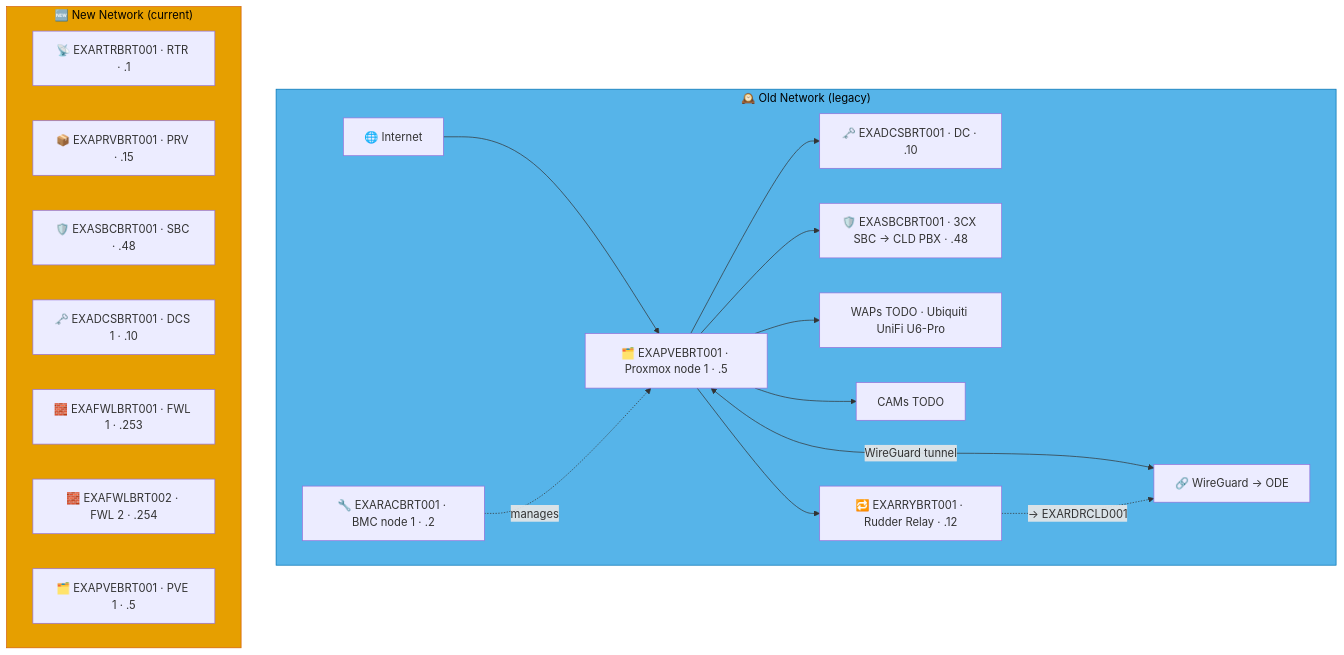
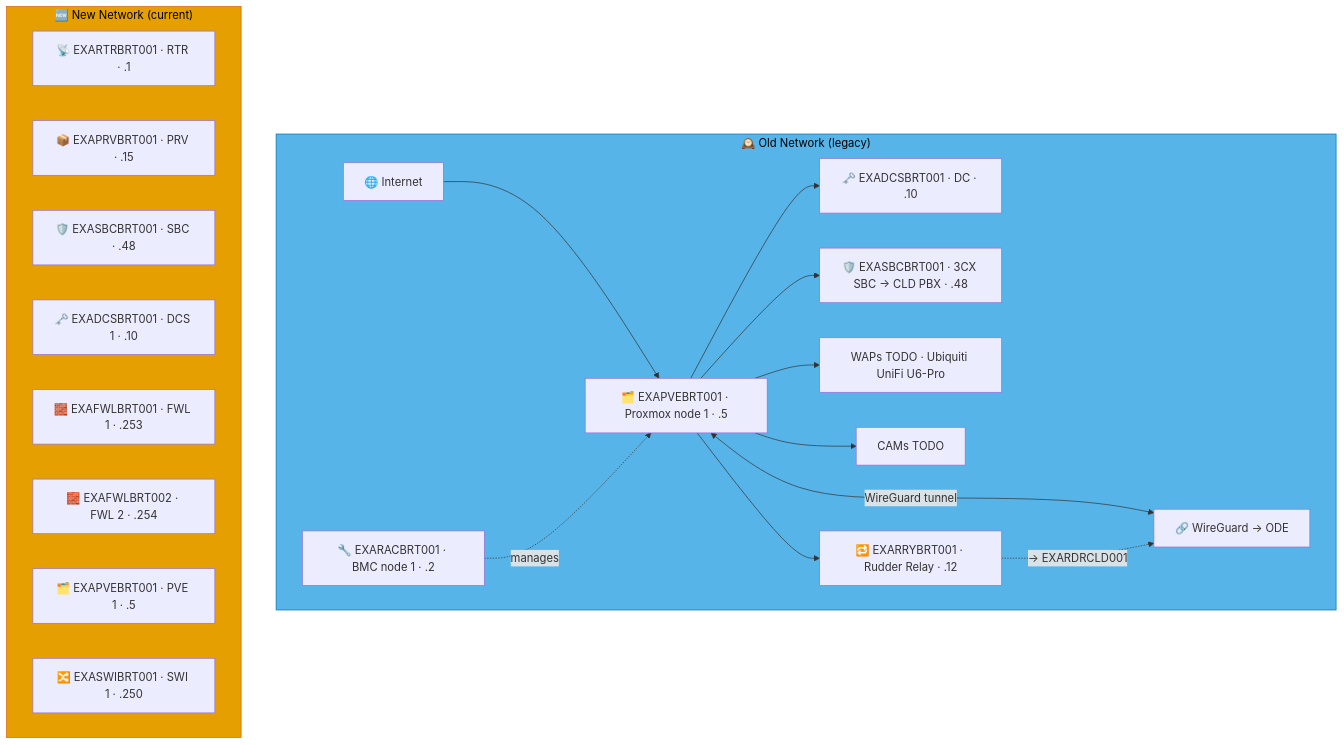
One commit to knightmare2600/example_music_infra changed the diagram in docs/network-diagram/lebanon.md. Above: the diagram before and after it, drawn with Mermaid. The commit also changed 12 other files, not shown here.

````diff
--- a/docs/network-diagram/lebanon.md
+++ b/docs/network-diagram/lebanon.md
@@ -16,35 +16,36 @@
 ```mermaid
 graph TD
     subgraph OLD_BRT ["🕰️ Old Network (legacy)"]
       INET["🌐 Internet"]
       RAC["🔧 EXARACBRT001 · BMC node 1 · .2"]
       PVE["🗂️ EXAPVEBRT001 · Proxmox node 1 · .5"]
       DC["🗝️ EXADCSBRT001 · DC · .10"]
       SBC["🛡️ EXASBCBRT001 · 3CX SBC → CLD PBX · .48"]
       RRY["🔁 EXARRYBRT001 · Rudder Relay · .12"]
       WAP["WAPs TODO · Ubiquiti UniFi U6-Pro"]
       CAM["CAMs TODO"]
       VPN["🔗 WireGuard → ODE"]
 
       INET --> PVE --> DC & SBC
       RAC -.->|"manages"| PVE
       PVE --> WAP & CAM
       PVE <-->|"WireGuard tunnel"| VPN
 
       PVE --> RRY
       RRY -. "→ EXARDRCLD001" .-> VPN
     end
     style OLD_BRT fill:#56B4E9,stroke:#0072B2,color:#000000
     %% GENERATED:NEW-NETWORK:BRT:START
     subgraph NEW_BRT ["🆕 New Network (current)"]
       N_RTR["📡 EXARTRBRT001 · RTR · .1"]
       N_PRV["📦 EXAPRVBRT001 · PRV · .15"]
       N_SBC["🛡️ EXASBCBRT001 · SBC · .48"]
       N_DCS["🗝️ EXADCSBRT001 · DCS 1 · .10"]
       N_FWL["🧱 EXAFWLBRT001 · FWL 1 · .253"]
       N_FWL2["🧱 EXAFWLBRT002 · FWL 2 · .254"]
       N_PVE["🗂️ EXAPVEBRT001 · PVE 1 · .5"]
+      N_SWI["🔀 EXASWIBRT001 · SWI 1 · .250"]
     end
     style NEW_BRT fill:#E69F00,stroke:#D55E00,color:#000000
     %% GENERATED:NEW-NETWORK:BRT:END
 ```
````
